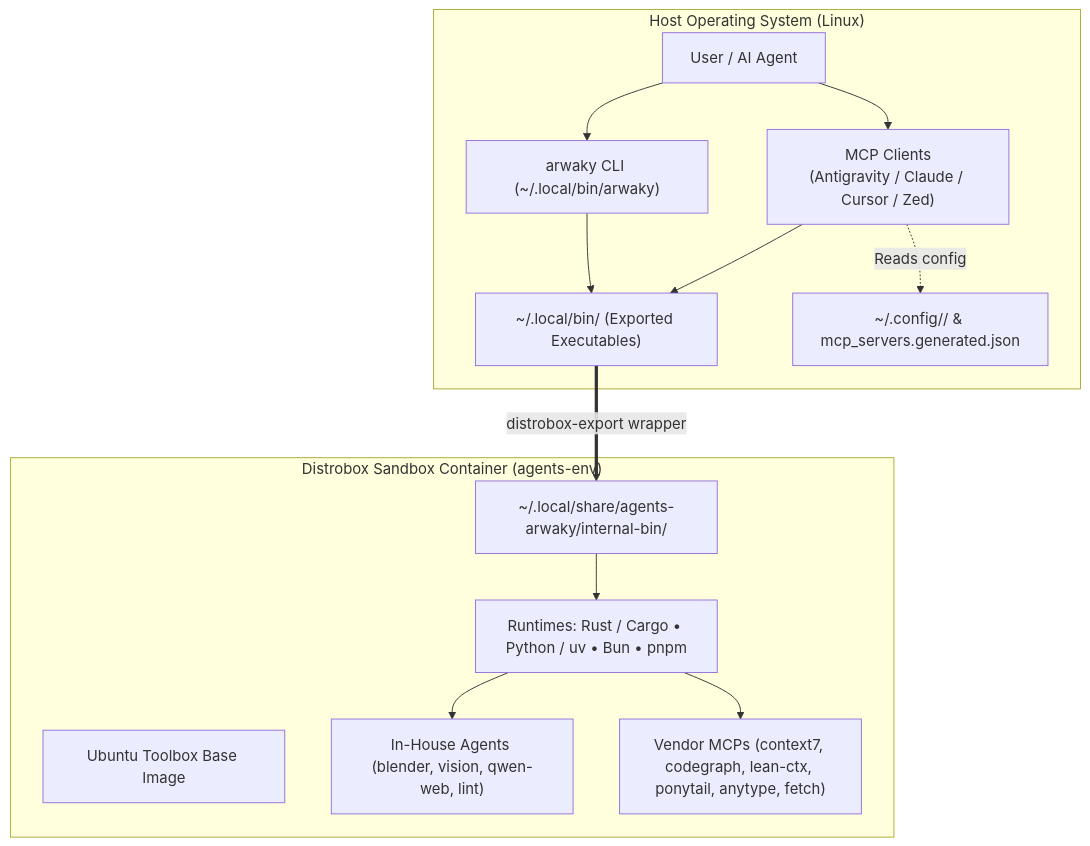
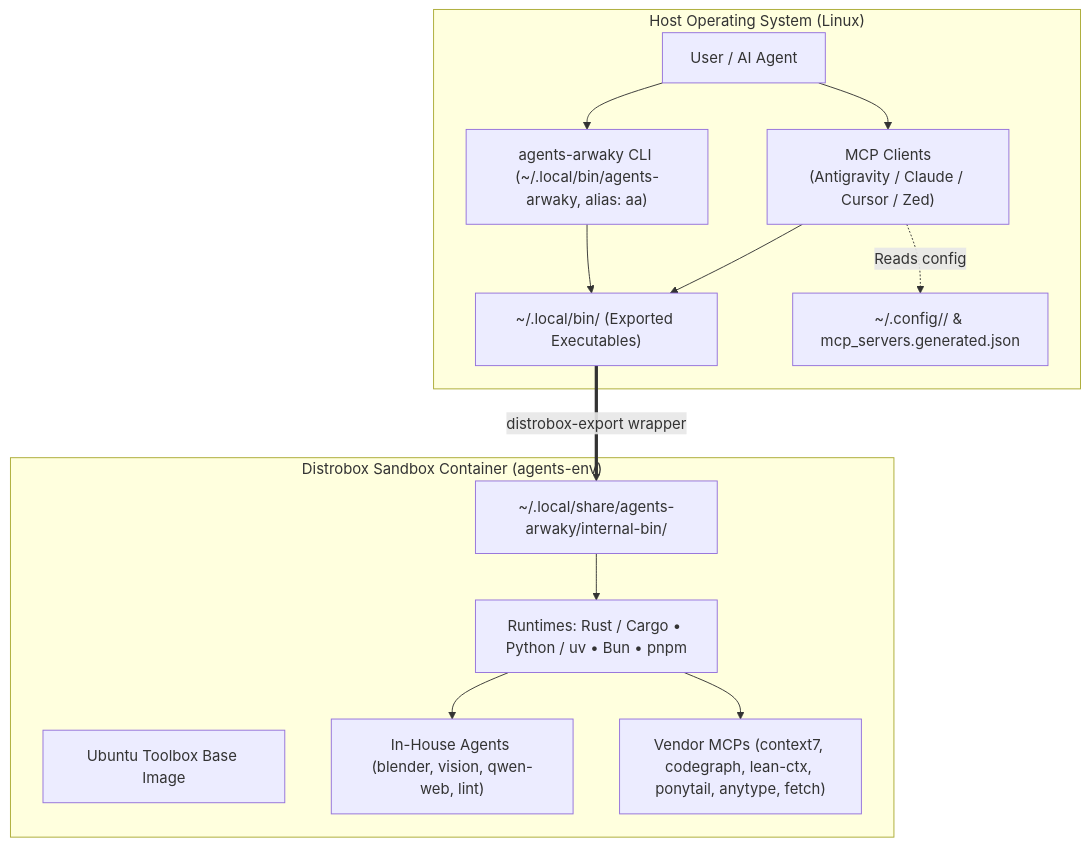
Before and after one commit to rakaarwaky/agents-arwaky: the diagram in README.md, drawn with Mermaid. The commit also changed other lines of this file and 10 other files, not shown here.

````diff
--- a/README.md
+++ b/README.md
@@ -57,28 +57,28 @@
 ```mermaid
 flowchart TB
     subgraph Host["Host Operating System (Linux)"]
         User["User / AI Agent"]
-        CLI["arwaky CLI (~/.local/bin/arwaky)"]
+        CLI["agents-arwaky CLI (~/.local/bin/agents-arwaky, alias: aa)"]
         BinDir["~/.local/bin/ (Exported Executables)"]
         Clients["MCP Clients\n(Antigravity / Claude / Cursor / Zed)"]
         Configs["~/.config/<tool>/ & mcp_servers.generated.json"]
     end
 
     subgraph Container["Distrobox Sandbox Container (agents-env)"]
         Base["Ubuntu Toolbox Base Image"]
         Toolchains["Runtimes: Rust / Cargo • Python / uv • Bun • pnpm"]
         InternalApps["In-House Agents (blender, vision, qwen-web, lint)"]
         VendorApps["Vendor MCPs (context7, codegraph, lean-ctx, ponytail, anytype, fetch)"]
         InternalBin["~/.local/share/agents-arwaky/internal-bin/"]
     end
 
     User --> CLI
     User --> Clients
     Clients -. Reads config .-> Configs
     Clients --> BinDir
     CLI --> BinDir
     BinDir == "distrobox-export wrapper" ==> InternalBin
     InternalBin --> Toolchains
     Toolchains --> InternalApps
     Toolchains --> VendorApps
 ```
````
